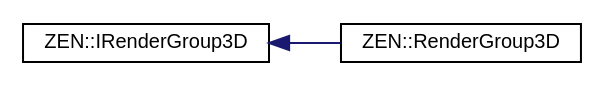
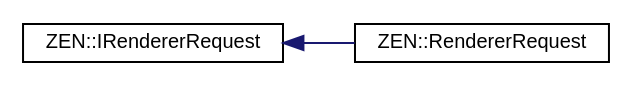
One commit to markhj/zeronetics changed the diagram in inherit_graph_14.dot. Above: the diagram before and after it, drawn with Graphviz. The commit also changed 186 other files, not shown here.

```diff
--- a/inherit_graph_14.dot
+++ b/inherit_graph_14.dot
@@ -1,10 +1,10 @@
 digraph "Graphical Class Hierarchy"
 {
  // LATEX_PDF_SIZE
   edge [fontname="Helvetica",fontsize="10",labelfontname="Helvetica",labelfontsize="10"];
   node [fontname="Helvetica",fontsize="10",shape=record];
   rankdir="LR";
-  Node0 [label="ZEN::IRenderGroup3D",height=0.2,width=0.4,color="black", fillcolor="white", style="filled",URL="$structZEN_1_1IRenderGroup3D.html",tooltip=" "];
+  Node0 [label="ZEN::IRendererRequest",height=0.2,width=0.4,color="black", fillcolor="white", style="filled",URL="$structZEN_1_1IRendererRequest.html",tooltip=" "];
   Node0 -> Node1 [dir="back",color="midnightblue",fontsize="10",style="solid",fontname="Helvetica"];
-  Node1 [label="ZEN::RenderGroup3D",height=0.2,width=0.4,color="black", fillcolor="white", style="filled",URL="$structZEN_1_1RenderGroup3D.html",tooltip=" "];
+  Node1 [label="ZEN::RendererRequest",height=0.2,width=0.4,color="black", fillcolor="white", style="filled",URL="$structZEN_1_1RendererRequest.html",tooltip=" "];
 }
```
